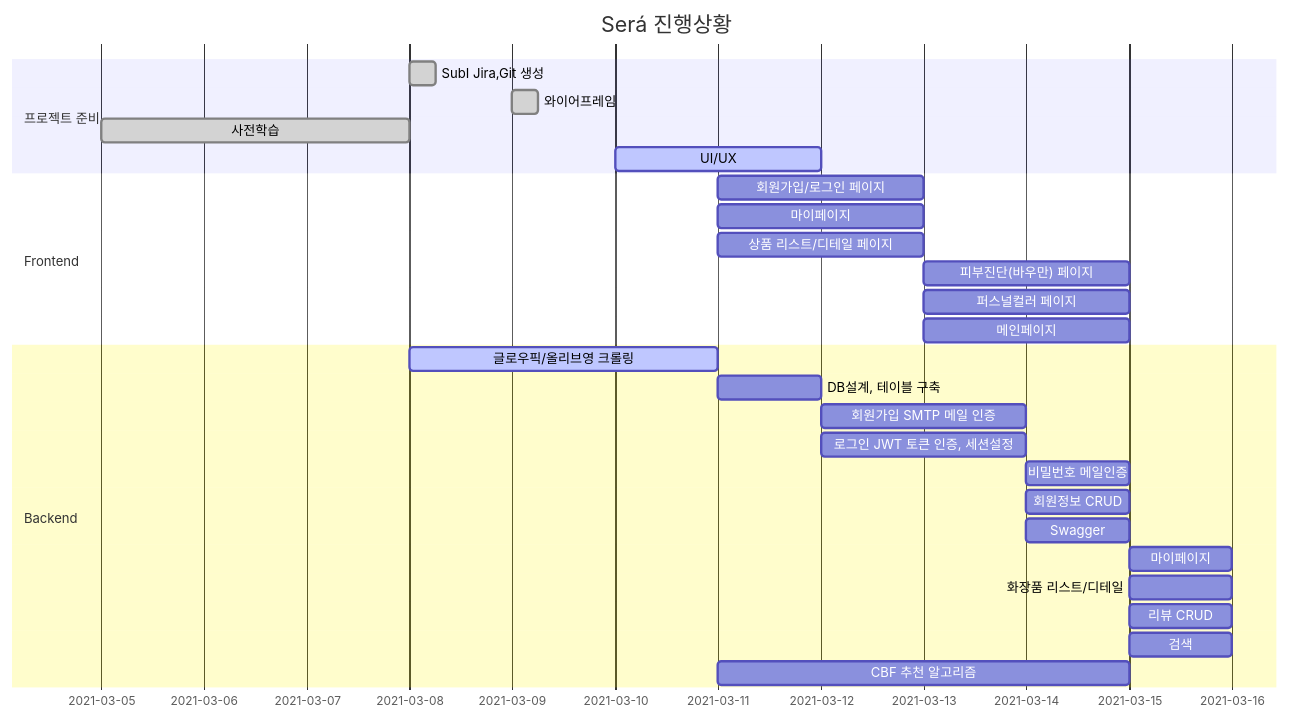
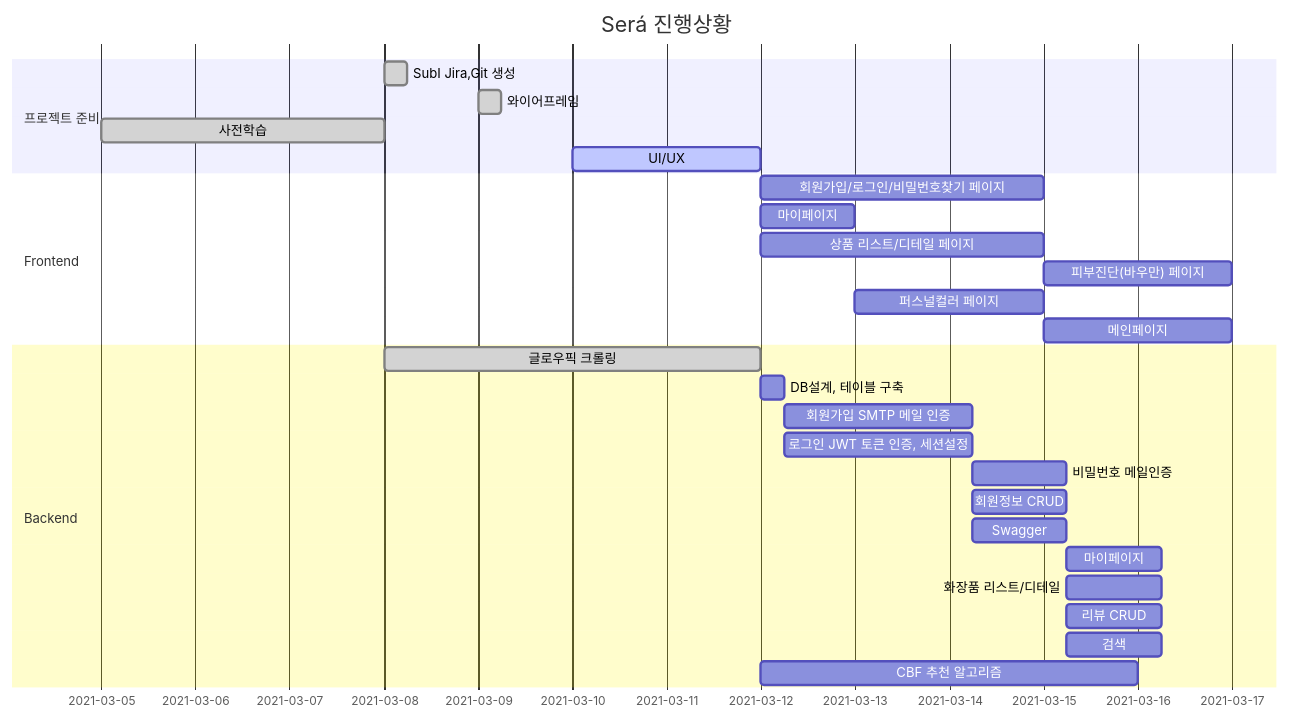
Before and after one commit to jihyeong2/PJT-Sera: the diagram in README.md, drawn with Mermaid. The commit also changed other lines of this file, not shown here.

````diff
--- a/README.md
+++ b/README.md
@@ -32,34 +32,34 @@
 ```mermaid
 gantt
     title Será 진행상황
     dateFormat  YYYY-MM-DD
     section 프로젝트 준비
     SubⅠ Jira,Git 생성  :done, 2021-03-08, 6h
     와이어프레임 : done, 2021-03-09, 6h
     사전학습   :done, 2021-03-05, 3d
     UI/UX   : active,   2021-03-10, 2d
     
 
     section Frontend
-    회원가입/로그인 페이지  :   t1, 2021-03-11, 2d
-    마이페이지  :    t2, 2021-03-11, 2d
-    상품 리스트/디테일 페이지   :   t3, 2021-03-11,2d 
+   	회원가입/로그인/비밀번호찾기 페이지 :  t1, 2021-03-12, 3d
+   	마이페이지 :  t2, 2021-03-12, 1d
+   	상품 리스트/디테일 페이지  :  t3, 2021-03-12, 3d
     피부진단(바우만) 페이지 : t4, after t1,2d
     퍼스널컬러 페이지 : t5, after t2, 2d
     메인페이지 : t6, after t3, 2d
     
     
     section Backend
-    글로우픽/올리브영 크롤링  : active, b_t1, 2021-03-08, 3d
-    DB설계, 테이블 구축 : b_t2, after b_t1, 1d
+  	글로우픽 크롤링 : done, b_t1, 2021-03-08, 4d
+  	DB설계, 테이블 구축 : b_t2, after 2021-03-12, 6h
     회원가입 SMTP 메일 인증 : b_t4, after b_t2, 2d
     로그인 JWT 토큰 인증, 세션설정 : b_t5, after b_t2, 2d
     비밀번호 메일인증 : b_t6, after b_t5, 1d
     회원정보 CRUD : b_t7, after b_t4, 1d
     Swagger : b_t8, after b_t4, 1d
     마이페이지 : b_t12, after b_t7, 1d
     화장품 리스트/디테일 : b_t9, after b_t7, 1d
     리뷰 CRUD : b_t10, after b_t7, 1d
     검색 : b_t11, after b_t7, 1d
     CBF 추천 알고리즘 :    b_t3, after b_t1, 4d
 ```
````
